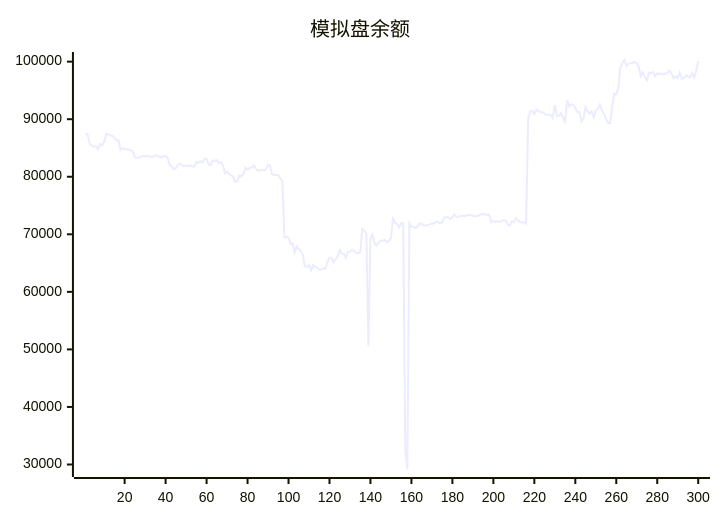
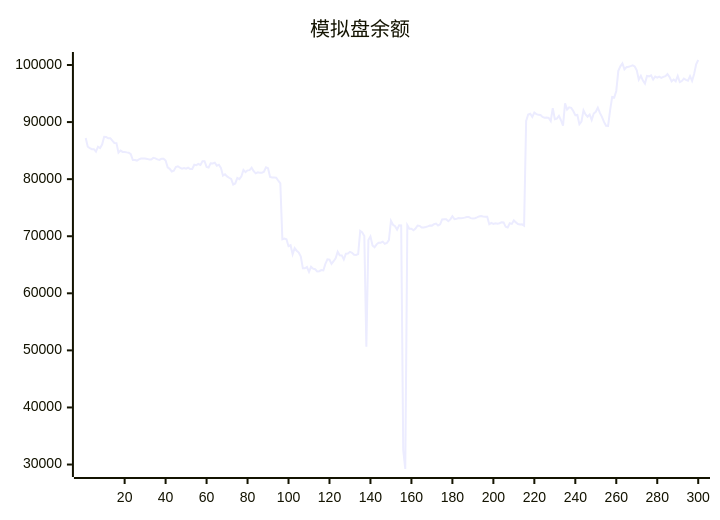
One commit to aahl/ai-trading changed the diagram in README.md. Above: the diagram before and after it, drawn with Mermaid. The commit also changed other lines of this file and 1 other file, not shown here.

````diff
--- a/README.md
+++ b/README.md
@@ -5,5 +5,5 @@
 ```mermaid
 xychart
     title "模拟盘余额"
-    line [87576,87209,85686,85435,85251,85255,84820,85689,85453,86066,87420,87373,87161,87178,86740,86341,86315,84643,85012,84772,84768,84690,84635,84376,83360,83357,83259,83474,83608,83606,83602,83548,83440,83454,83724,83644,83464,83365,83590,83592,83275,82072,81806,81344,81492,82109,82254,82006,81848,81955,81829,82022,81769,81776,82522,82441,82656,82498,83144,83144,82150,82038,82797,82763,82872,82367,82536,81981,80612,80862,80484,80242,80034,79063,79245,80226,80016,80507,81625,81233,81544,81578,82016,81401,81019,81186,81130,81118,81306,82066,81909,80392,80304,80291,80258,79729,79261,69466,69579,69456,68251,68415,66832,67911,67462,67144,66432,64380,64375,64606,63740,64647,64324,64216,63842,63877,64078,64008,65156,65945,65888,65157,65625,66144,67284,66653,66639,65924,66925,66956,67263,67108,66766,66729,66886,70927,70673,70049,50652,69334,69973,68400,68061,68578,68876,68879,69055,68662,68822,69329,72687,71999,71760,71162,71911,71896,32500,29218,71927,71297,71305,71044,71337,71883,71822,71536,71536,71622,71723,71880,71860,72100,72216,71887,72077,72940,72976,72966,72638,72948,73497,73004,73041,73173,73160,73186,73258,73375,73351,73173,73098,73161,73305,73474,73536,73457,73413,73412,72100,72333,72164,72272,72204,72285,72461,72421,71652,71521,72267,72157,72774,72424,72144,72060,72091,71858,90185,91338,91466,90900,91678,91404,91268,91244,90903,90779,90787,90721,90187,92429,90518,90619,91070,90328,89376,93286,92202,92581,92485,91947,91196,91259,89619,90086,92063,91355,90950,91327,90373,91498,91800,92531,91603,90910,90031,89351,89334,92097,94406,94315,95455,98972,99763,100286,99229,99622,99701,99805,99938,99738,99082,97430,98094,97267,96741,98081,98013,98194,97447,97983,97789,97969,97729,97911,98043,98405,97912,97120,97448,97154,98095,97021,97190,97616,97402,97263,98035,97210,98424,100120]
+    line [87209,85686,85435,85251,85255,84820,85689,85453,86066,87420,87373,87161,87178,86740,86341,86315,84643,85012,84772,84768,84690,84635,84376,83360,83357,83259,83474,83608,83606,83602,83548,83440,83454,83724,83644,83464,83365,83590,83592,83275,82072,81806,81344,81492,82109,82254,82006,81848,81955,81829,82022,81769,81776,82522,82441,82656,82498,83144,83144,82150,82038,82797,82763,82872,82367,82536,81981,80612,80862,80484,80242,80034,79063,79245,80226,80016,80507,81625,81233,81544,81578,82016,81401,81019,81186,81130,81118,81306,82066,81909,80392,80304,80291,80258,79729,79261,69466,69579,69456,68251,68415,66832,67911,67462,67144,66432,64380,64375,64606,63740,64647,64324,64216,63842,63877,64078,64008,65156,65945,65888,65157,65625,66144,67284,66653,66639,65924,66925,66956,67263,67108,66766,66729,66886,70927,70673,70049,50652,69334,69973,68400,68061,68578,68876,68879,69055,68662,68822,69329,72687,71999,71760,71162,71911,71896,32500,29218,71927,71297,71305,71044,71337,71883,71822,71536,71536,71622,71723,71880,71860,72100,72216,71887,72077,72940,72976,72966,72638,72948,73497,73004,73041,73173,73160,73186,73258,73375,73351,73173,73098,73161,73305,73474,73536,73457,73413,73412,72100,72333,72164,72272,72204,72285,72461,72421,71652,71521,72267,72157,72774,72424,72144,72060,72091,71858,90185,91338,91466,90900,91678,91404,91268,91244,90903,90779,90787,90721,90187,92429,90518,90619,91070,90328,89376,93286,92202,92581,92485,91947,91196,91259,89619,90086,92063,91355,90950,91327,90373,91498,91800,92531,91603,90910,90031,89351,89334,92097,94406,94315,95455,98972,99763,100286,99229,99622,99701,99805,99938,99738,99082,97430,98094,97267,96741,98081,98013,98194,97447,97983,97789,97969,97729,97911,98043,98405,97912,97120,97448,97154,98095,97021,97190,97616,97402,97263,98035,97210,98424,100120,100876]
 ```
````
